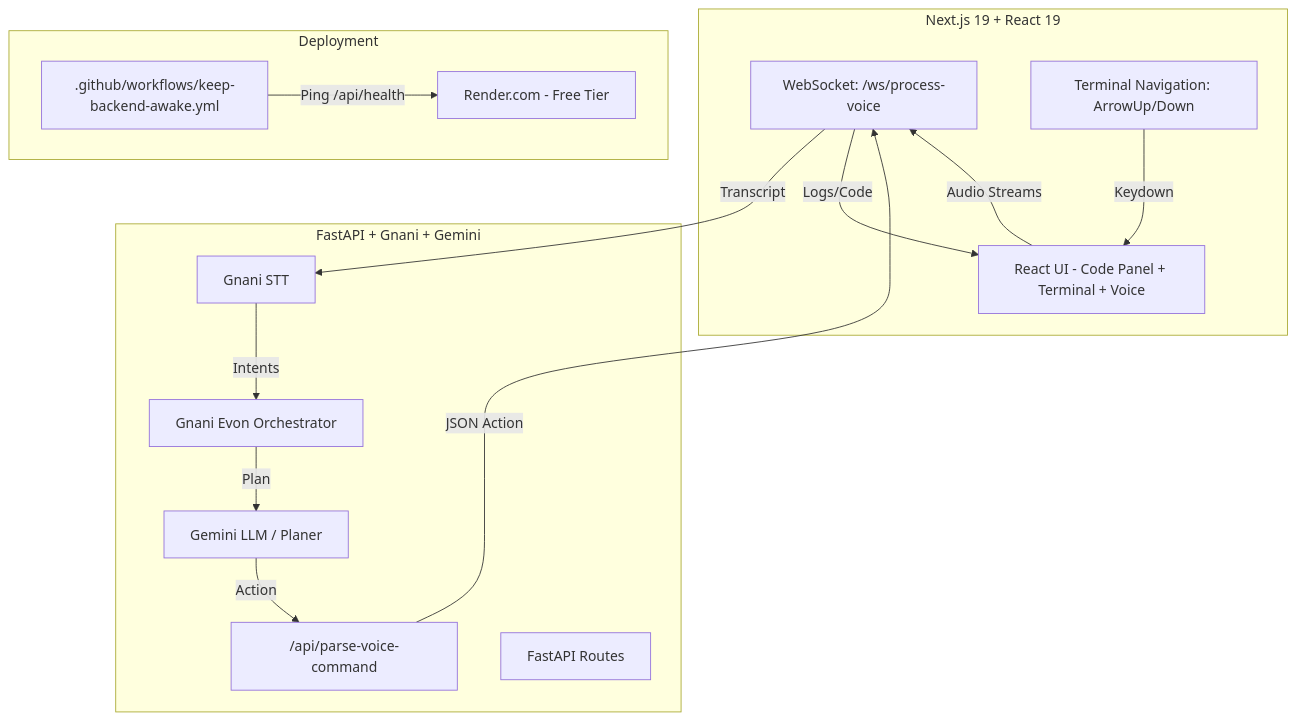
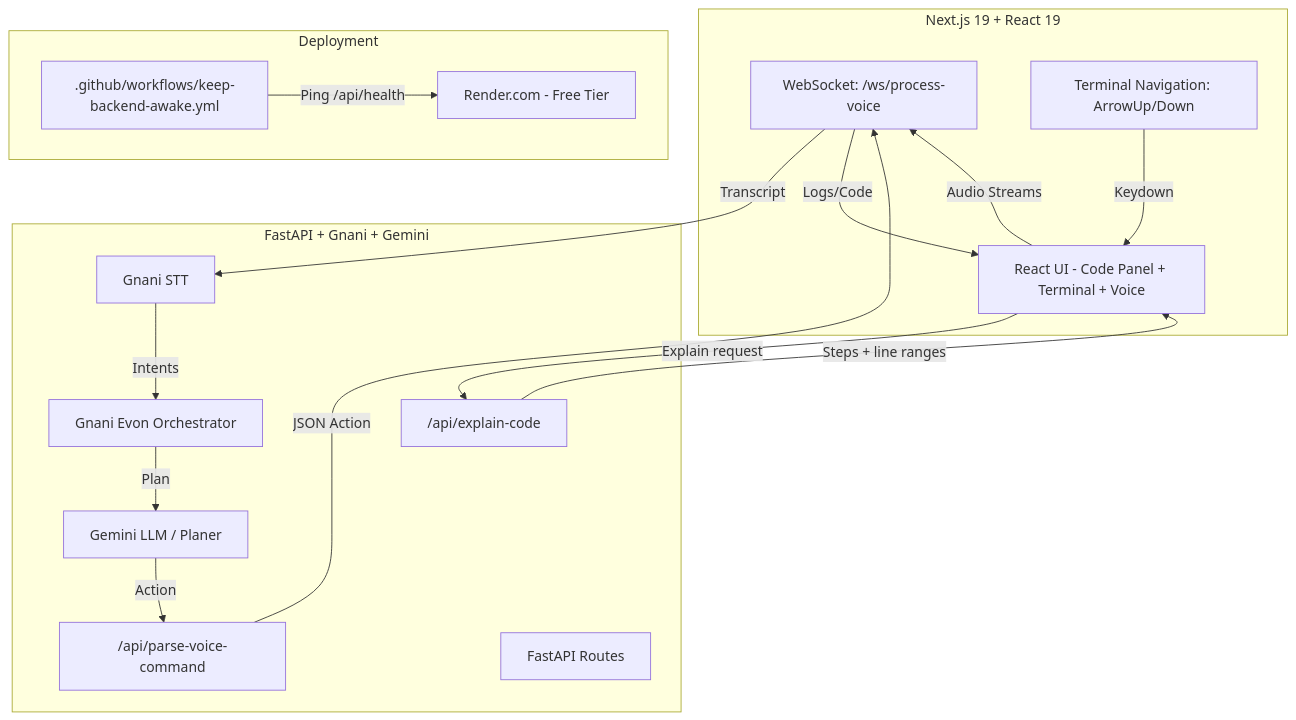
One commit to anandtudu078/leo-voice-agent changed the diagram in README.md. Above: the diagram before and after it, drawn with Mermaid. The commit also changed other lines of this file, not shown here.

Commit message:
docs: document opt-in code explanation walkthrough (v1)

````diff
--- a/README.md
+++ b/README.md
@@ -33,31 +36,34 @@
 ```mermaid
 flowchart TB
     subgraph Frontend [Next.js 19 + React 19]
         WS[WebSocket: /ws/process-voice]
         UI[React UI - Code Panel + Terminal + Voice]
         TH[Terminal Navigation: ArrowUp/Down]
     end
 
     subgraph Backend [FastAPI + Gnani + Gemini]
         STT[Gnani STT] 
         ORCH[Gnani Evon Orchestrator]
         GEM[Gemini LLM / Planer]
         PARSE["/api/parse-voice-command"]
+        EXPLAIN["/api/explain-code"]
         API[FastAPI Routes]
     end
 
     subgraph Infrastructure [Deployment]
         RENDER[Render.com - Free Tier]
         KEEP_ALIVE[.github/workflows/keep-backend-awake.yml]
     end
 
     UI -->|Audio Streams| WS
     WS -->|Transcript| STT
     STT -->|Intents| ORCH
     ORCH -->|Plan| GEM
     GEM -->|Action| PARSE
     PARSE -->|JSON Action| WS
     WS -->|Logs/Code| UI
+    UI -->|Explain request| EXPLAIN
+    EXPLAIN -->|Steps + line ranges| UI
     TH -->|Keydown| UI
     KEEP_ALIVE -->|Ping /api/health| RENDER
 ```
````
